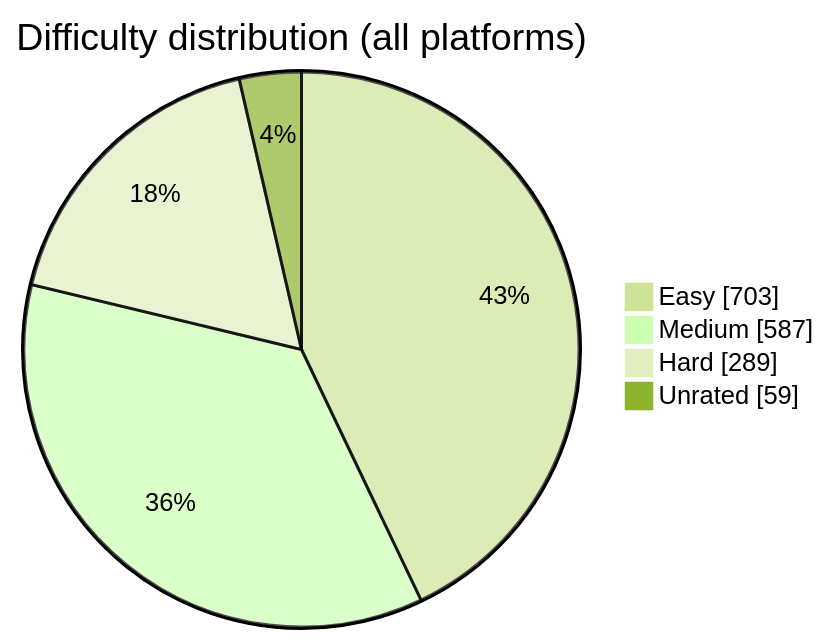
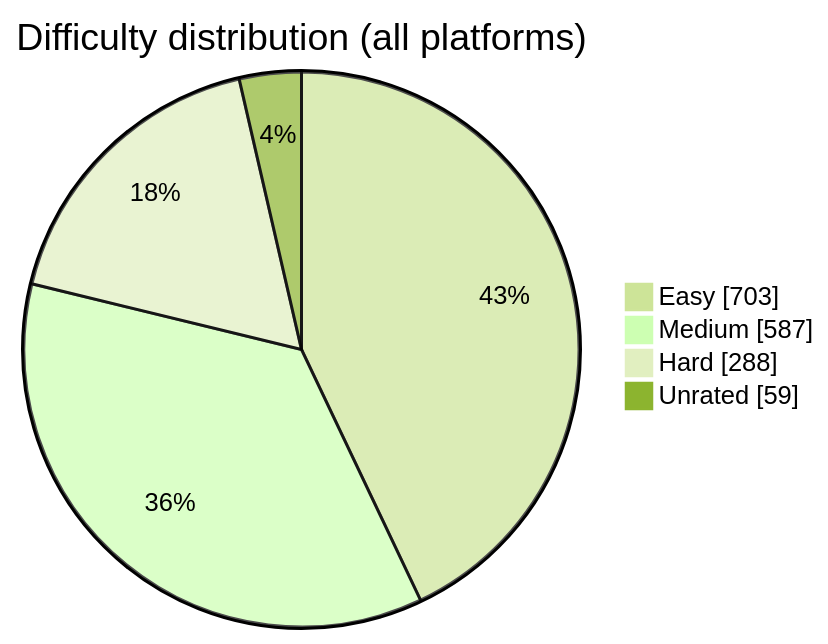
The diagram in README.md (BuildbyArindam/Daily-Coding-Log), drawn with Mermaid (forest theme) before and after one commit. The commit also changed other lines of this file, not shown here.

````diff
--- a/README.md
+++ b/README.md
@@ -93,7 +93,7 @@
 ```mermaid
 pie showData title Difficulty distribution (all platforms)
     "Easy" : 703
     "Medium" : 587
-    "Hard" : 289
+    "Hard" : 288
     "Unrated" : 59
 ```
````
